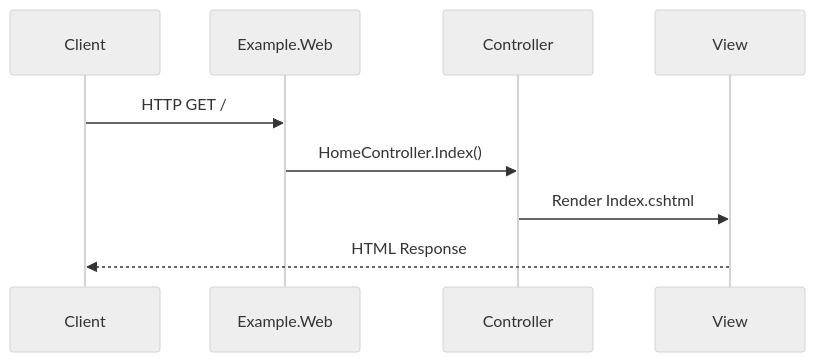
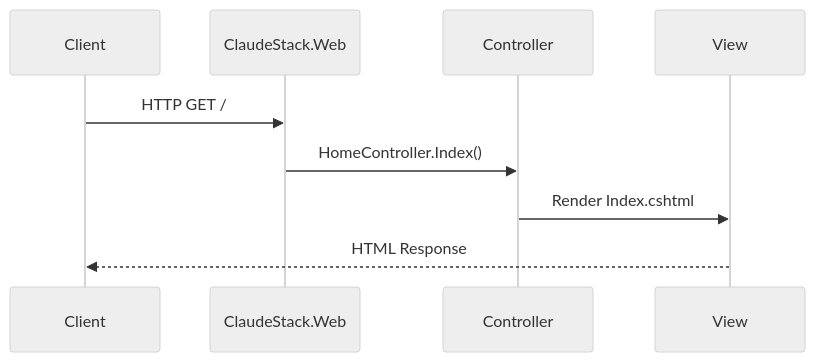
The diagram in dev/active/004-ai-docs/phases/phase-3-developer-docs.md (mpaulohs/GazetaMarketplace), drawn with Mermaid (neutral theme) before and after one commit. The commit also changed other lines of this file and 162 other files, not shown here.

First line of the commit message:
Rename project to ClaudeStack.net

````diff
--- a/dev/active/004-ai-docs/phases/phase-3-developer-docs.md
+++ b/dev/active/004-ai-docs/phases/phase-3-developer-docs.md
@@ -221,12 +221,12 @@
 ```mermaid
 sequenceDiagram
     participant Client
-    participant MVC as Example.Web
+    participant MVC as ClaudeStack.Web
     participant Controller
     participant View
 
     Client->>MVC: HTTP GET /
     MVC->>Controller: HomeController.Index()
     Controller->>View: Render Index.cshtml
     View-->>Client: HTML Response
 ```
````
